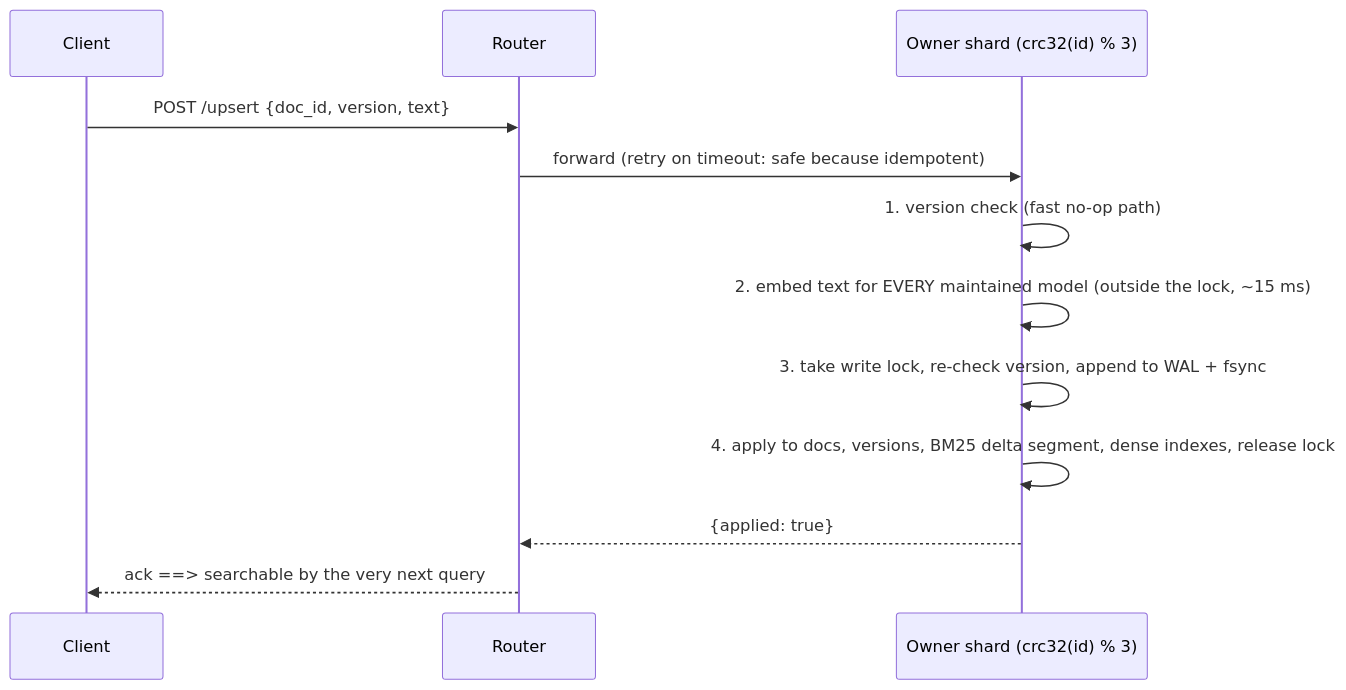
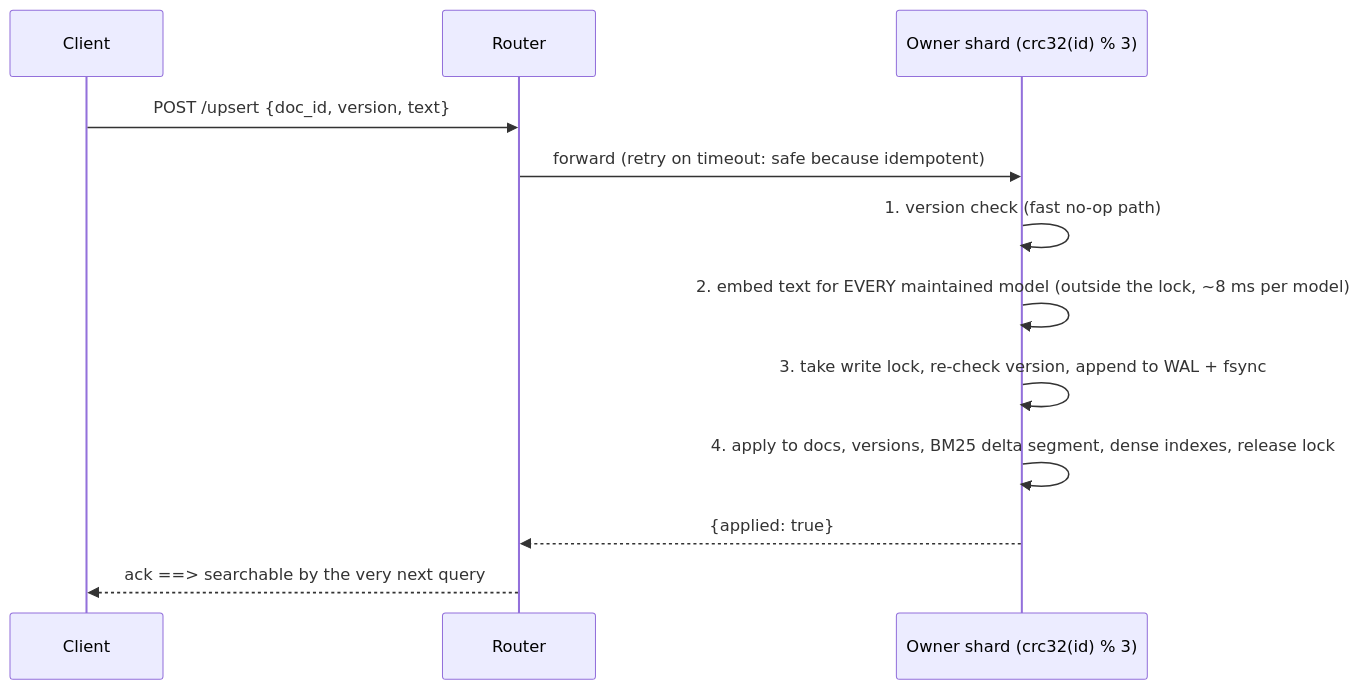
Before and after one commit to node31/fiqa-agentic-retrieval: the diagram in docs/09_live_updates_consistency.md, drawn with Mermaid. The commit also changed other lines of this file and 10 other files, not shown here.

````diff
--- a/docs/09_live_updates_consistency.md
+++ b/docs/09_live_updates_consistency.md
@@ -26,14 +26,14 @@
 ```mermaid
 sequenceDiagram
   participant C as Client
   participant R as Router
   participant S as Owner shard (crc32(id) % 3)
   C->>R: POST /upsert {doc_id, version, text}
   R->>S: forward (retry on timeout: safe because idempotent)
   S->>S: 1. version check (fast no-op path)
-  S->>S: 2. embed text for EVERY maintained model (outside the lock, ~15 ms)
+  S->>S: 2. embed text for EVERY maintained model (outside the lock, ~8 ms per model)
   S->>S: 3. take write lock, re-check version, append to WAL + fsync
   S->>S: 4. apply to docs, versions, BM25 delta segment, dense indexes, release lock
   S-->>R: {applied: true}
   R-->>C: ack  ==> searchable by the very next query
 ```
````
